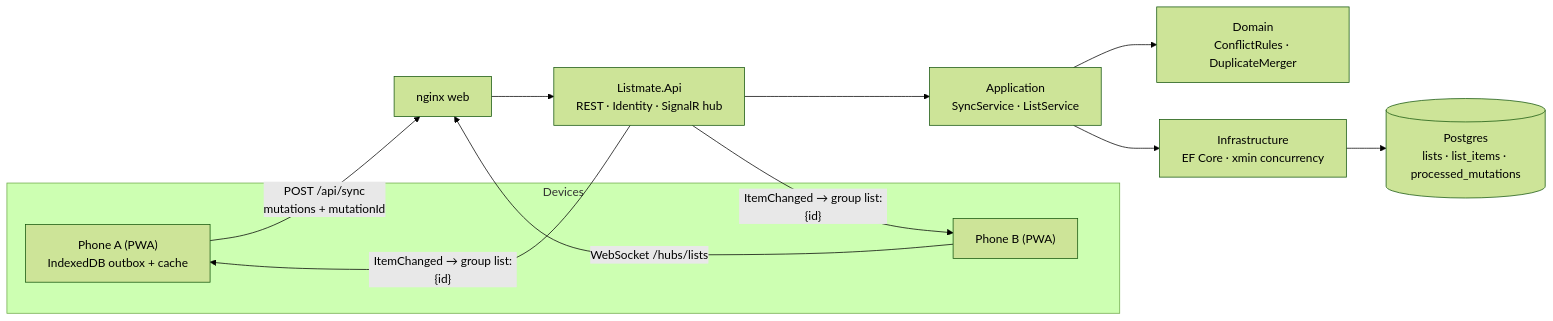
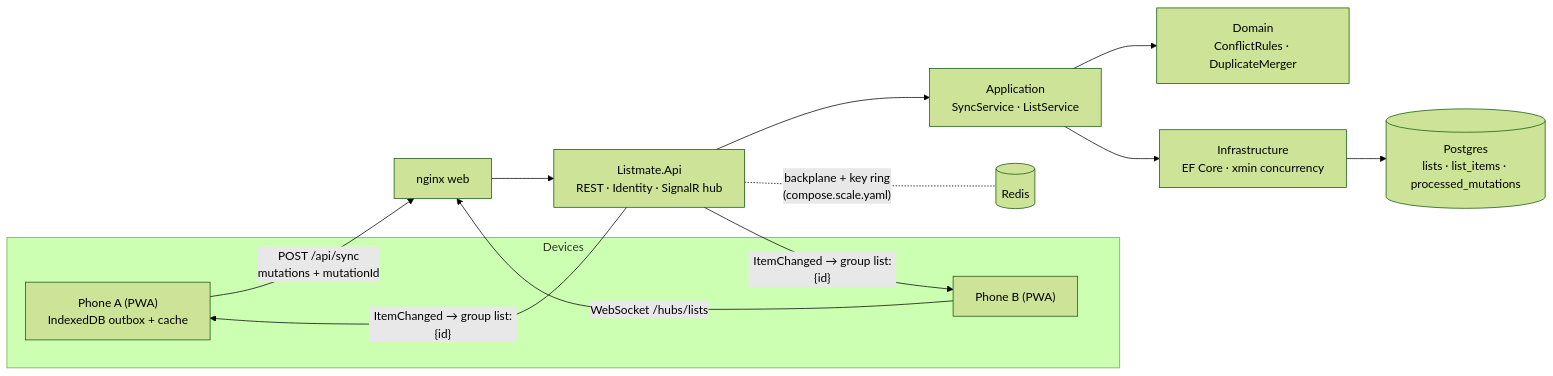
The diagram in README.md (ahmedoshelmy/listmate), drawn with Mermaid (forest theme) before and after one commit. The commit also changed other lines of this file and 7 other files, not shown here.

Commit message:
build: scale-out profile with two API replicas behind round-robin nginx and a scale smoke test

````diff
--- a/README.md
+++ b/README.md
@@ -29,15 +29,16 @@
 ```mermaid
 flowchart LR
   subgraph Devices
     A["Phone A (PWA)<br/>IndexedDB outbox + cache"]
     B["Phone B (PWA)"]
   end
   A -- "POST /api/sync<br/>mutations + mutationId" --> W[nginx web]
   B -- "WebSocket /hubs/lists" --> W
   W --> API["Listmate.Api<br/>REST · Identity · SignalR hub"]
   API --> APP["Application<br/>SyncService · ListService"]
   APP --> DOM["Domain<br/>ConflictRules · DuplicateMerger"]
   APP --> INF["Infrastructure<br/>EF Core · xmin concurrency"]
   INF --> PG[("Postgres<br/>lists · list_items · processed_mutations")]
   API -- "ItemChanged → group list:{id}" --> A & B
+  API -. "backplane + key ring<br/>(compose.scale.yaml)" .- R[("Redis")]
 ```
````
